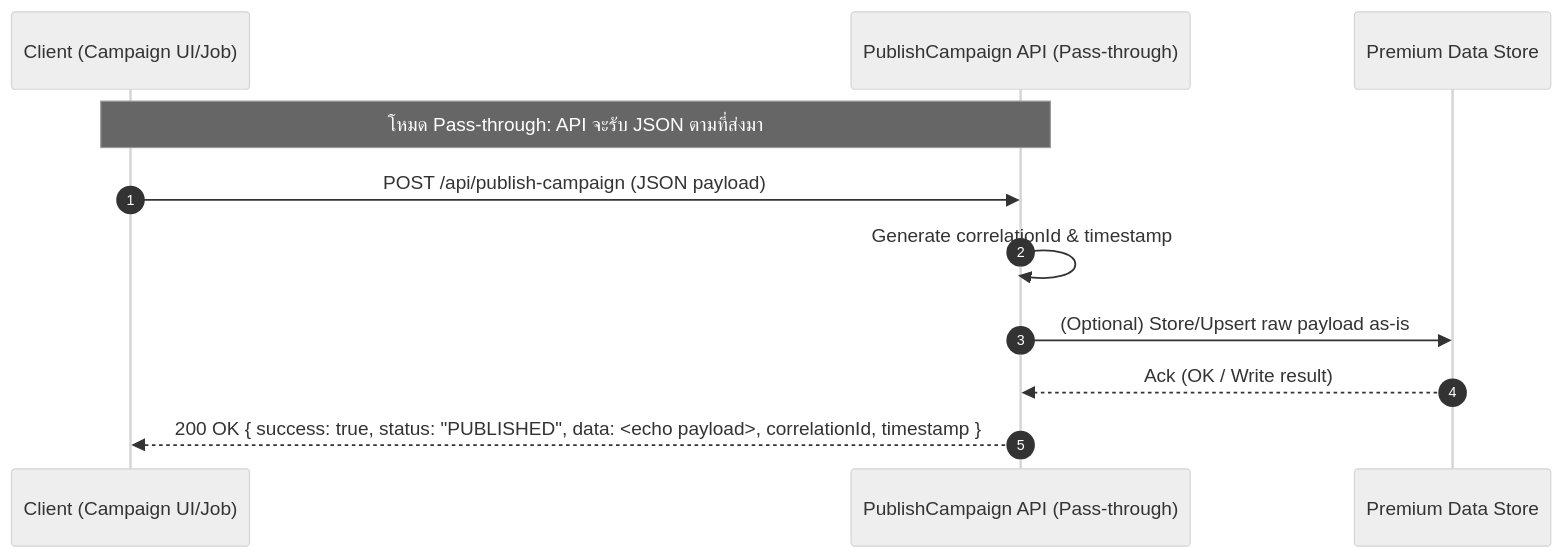
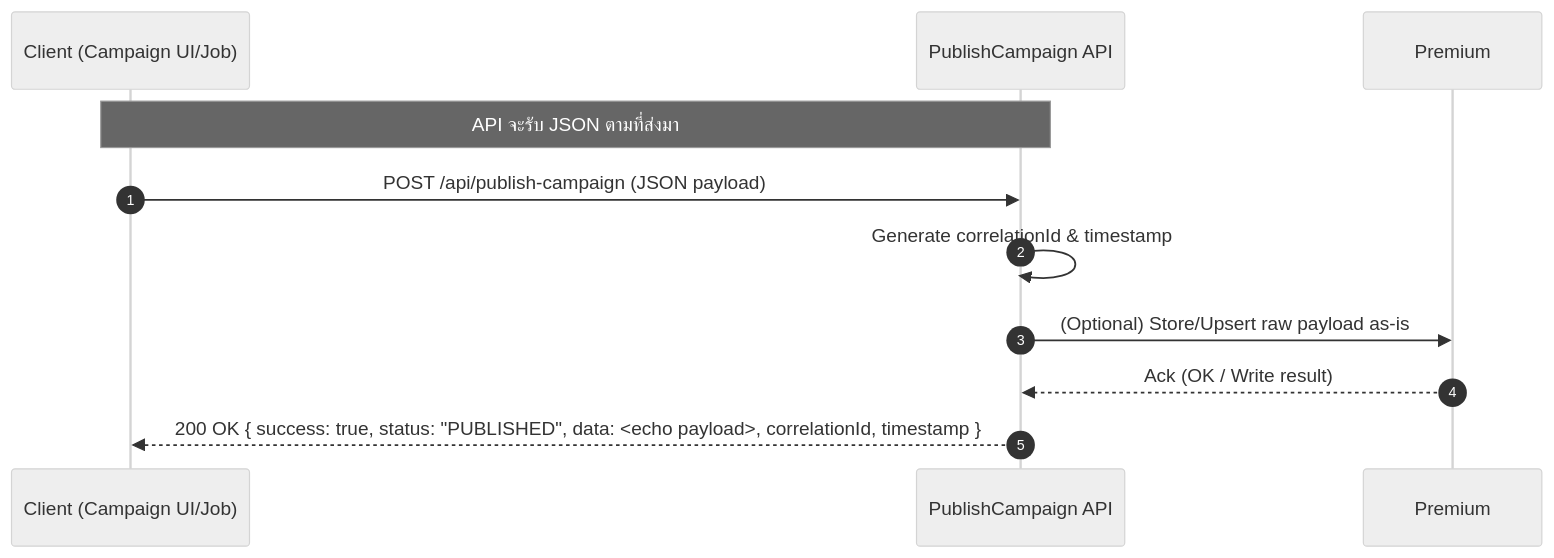
Before and after one commit to TMSTH-Manopg/Specpage: the diagram in README.md, drawn with Mermaid (neutral theme). The commit also changed other lines of this file, not shown here.

````diff
--- a/README.md
+++ b/README.md
@@ -15,16 +18,16 @@
 ```mermaid
 
 sequenceDiagram
   autonumber
   participant C as Client (Campaign UI/Job)
-  participant API as PublishCampaign API (Pass-through)
-  participant DS as Premium Data Store
+  participant API as PublishCampaign API
+  participant DS as Premium 
 
-  Note over C,API: โหมด Pass-through: API จะรับ JSON ตามที่ส่งมา
+  Note over C,API:  API จะรับ JSON ตามที่ส่งมา
 
   C->>API: POST /api/publish-campaign (JSON payload)
   API->>API: Generate correlationId & timestamp
   API->>DS: (Optional) Store/Upsert raw payload as-is
   DS-->>API: Ack (OK / Write result)
   API-->>C: 200 OK { success: true, status: "PUBLISHED", data: <echo payload>, correlationId, timestamp }
 ```
````
